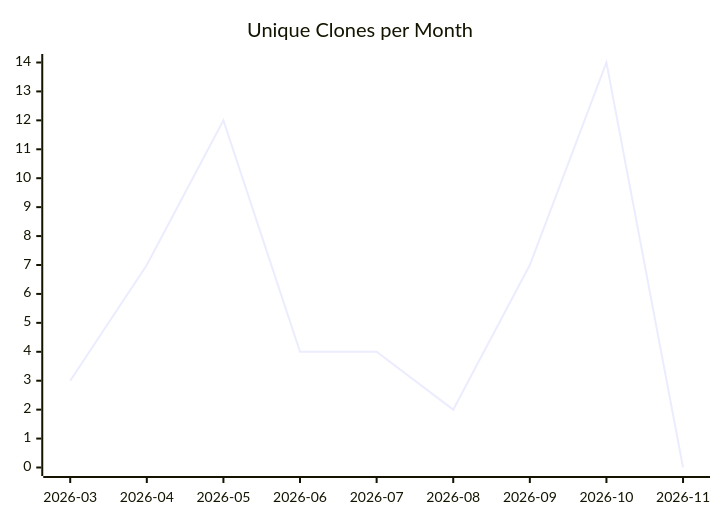
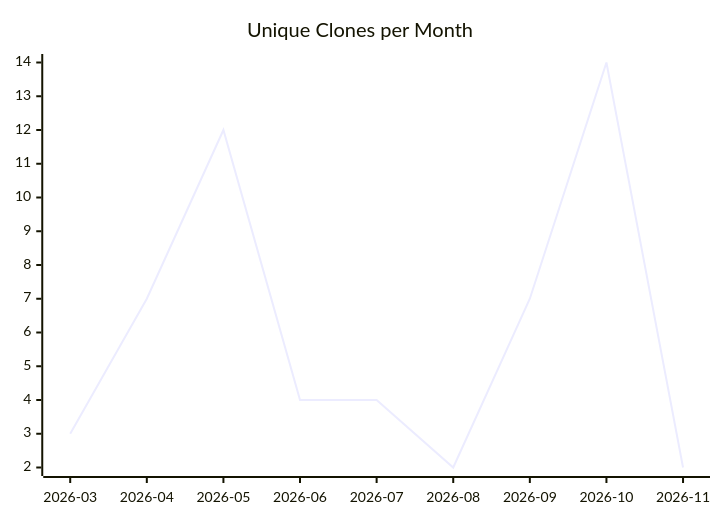
The third of 3 diagrams in karlmdavis/perfect-note/README.md (justdavis-family/github-analytics-data), drawn with Mermaid before and after one commit. The commit also changed other lines of this file and 196 other files, not shown here.

````diff
--- a/karlmdavis/perfect-note/README.md
+++ b/karlmdavis/perfect-note/README.md
@@ -19,6 +19,6 @@
 ```mermaid
 xychart-beta
   title "Unique Clones per Month"
   x-axis ["2026-03", "2026-04", "2026-05", "2026-06", "2026-07", "2026-08", "2026-09", "2026-10", "2026-11"]
-  line [3, 7, 12, 4, 4, 2, 7, 14, 0]
+  line [3, 7, 12, 4, 4, 2, 7, 14, 2]
 ```
````
